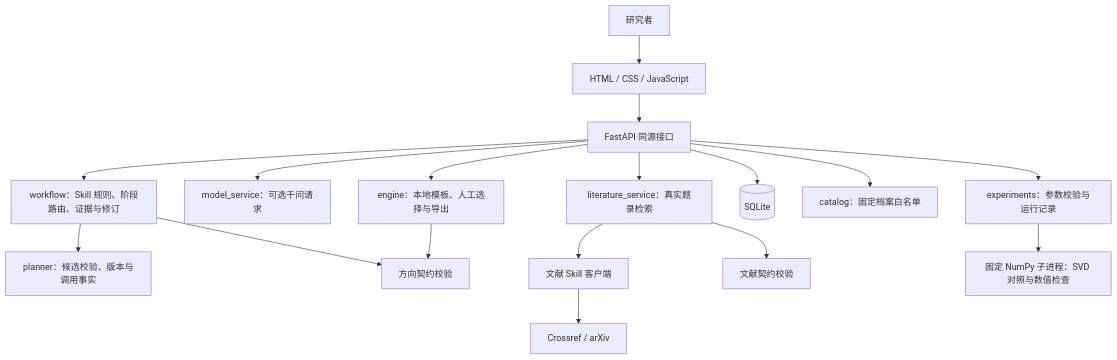
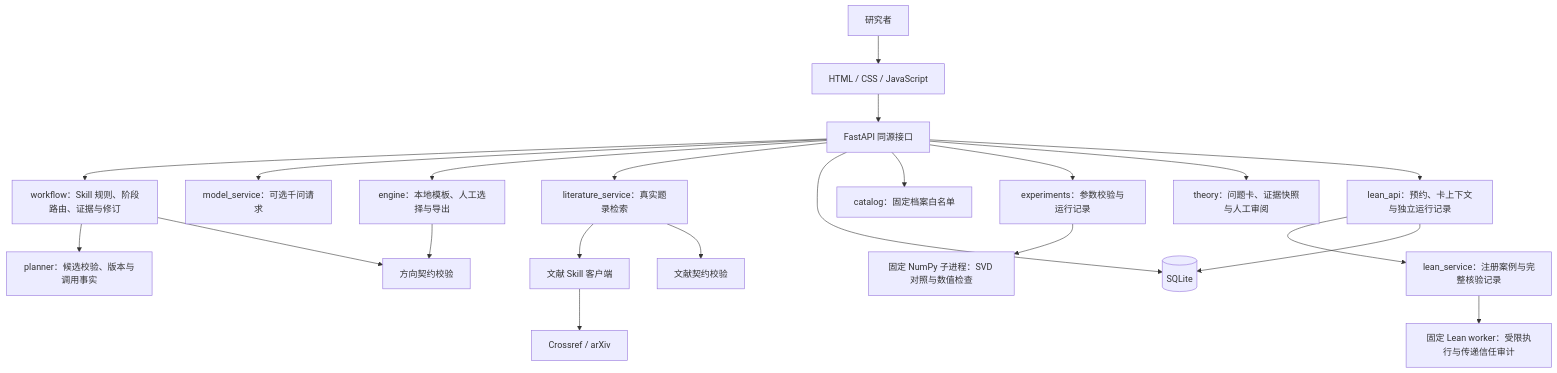
The diagram in README.md (mingxuanyan07-lgtm/yanzheng-research-workbench), drawn with Mermaid before and after one commit. The commit also changed other lines of this file and 102 other files, not shown here.

First line of the commit message:
sync: publish current Yanzheng workbench, theory/evidence modules and Lean fixed-case project

````diff
--- a/README.md
+++ b/README.md
@@ -48,19 +73,24 @@
 ```mermaid
 flowchart TD
     U[研究者] --> UI[HTML / CSS / JavaScript]
     UI --> API[FastAPI 同源接口]
     API --> W[workflow：Skill 规则、阶段路由、证据与修订]
     W --> P[planner：候选校验、版本与调用事实]
     API --> M[model_service：可选千问请求]
     W --> V[方向契约校验]
     API --> E[engine：本地模板、人工选择与导出]
     API --> L[literature_service：真实题录检索]
     L --> C[文献 Skill 客户端]
     C --> S[Crossref / arXiv]
     API --> DB[(SQLite)]
     API --> A[catalog：固定档案白名单]
     E --> V[方向契约校验]
     L --> LV[文献契约校验]
     API --> X[experiments：参数校验与运行记录]
     X --> N[固定 NumPy 子进程：SVD 对照与数值检查]
+    API --> T[theory：问题卡、证据快照与人工审阅]
+    API --> LA[lean_api：预约、卡上下文与独立运行记录]
+    LA --> LS[lean_service：注册案例与完整核验记录]
+    LS --> LW[固定 Lean worker：受限执行与传递信任审计]
+    LA --> DB
 ```
````
